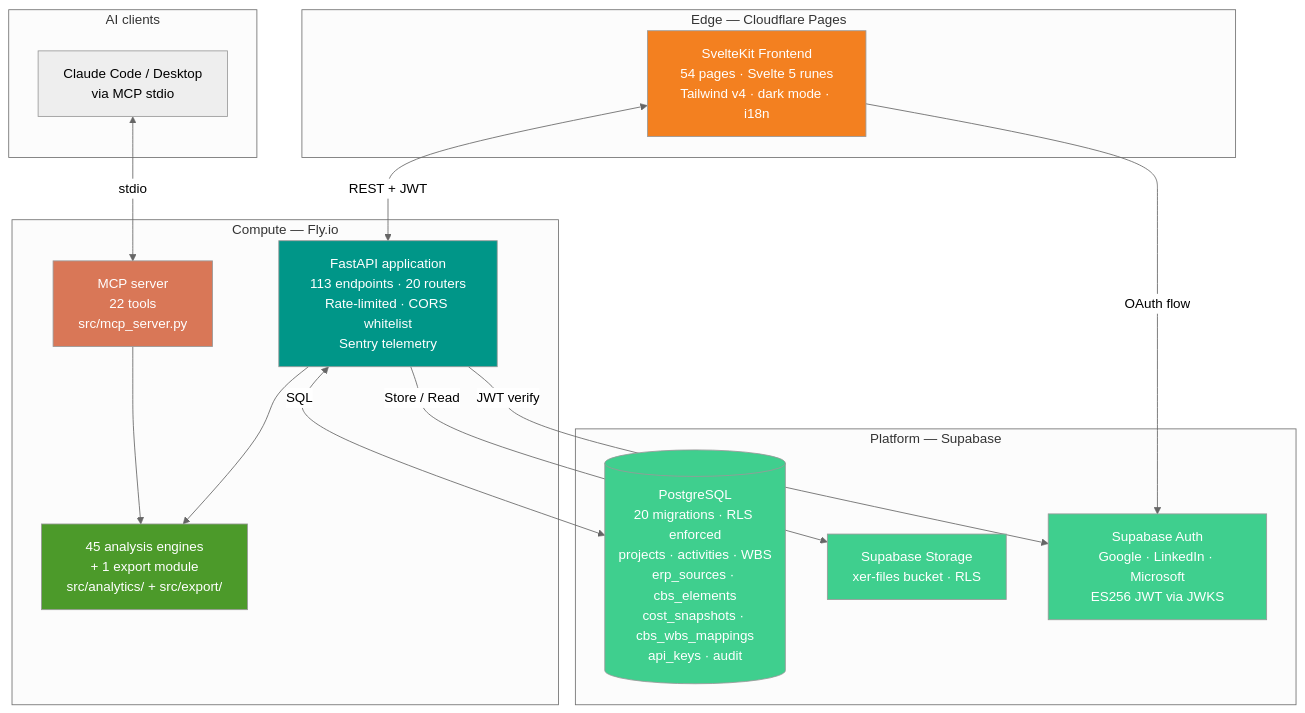
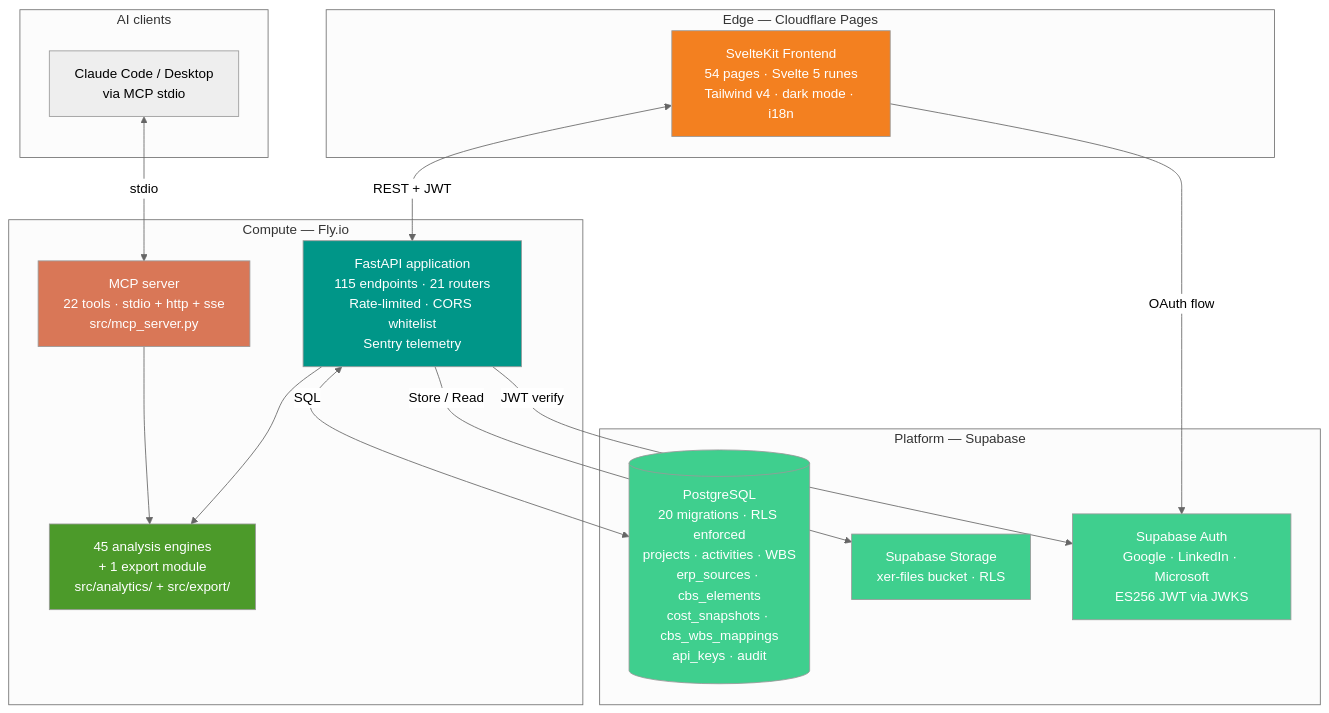
Before and after one commit to VitorMRodovalho/meridianiq: the first of 8 diagrams in docs/architecture.md, drawn with Mermaid (neutral theme). The commit also changed other lines of this file, not shown here.

````diff
--- a/docs/architecture.md
+++ b/docs/architecture.md
@@ -10,39 +10,39 @@
 ```mermaid
 graph TB
     subgraph "Edge — Cloudflare Pages"
         UI[SvelteKit Frontend<br/>54 pages · Svelte 5 runes<br/>Tailwind v4 · dark mode · i18n]
     end
 
     subgraph "Compute — Fly.io"
-        API[FastAPI application<br/>113 endpoints · 20 routers<br/>Rate-limited · CORS whitelist<br/>Sentry telemetry]
+        API[FastAPI application<br/>115 endpoints · 21 routers<br/>Rate-limited · CORS whitelist<br/>Sentry telemetry]
         ENGINES[45 analysis engines<br/>+ 1 export module<br/>src/analytics/ + src/export/]
-        MCP[MCP server<br/>22 tools<br/>src/mcp_server.py]
+        MCP[MCP server<br/>22 tools · stdio + http + sse<br/>src/mcp_server.py]
         API --> ENGINES
         MCP --> ENGINES
     end
 
     subgraph "Platform — Supabase"
         AUTH["Supabase Auth<br/>Google · LinkedIn · Microsoft<br/>ES256 JWT via JWKS"]
         DB[("PostgreSQL<br/>20 migrations · RLS enforced<br/>projects · activities · WBS<br/>erp_sources · cbs_elements<br/>cost_snapshots · cbs_wbs_mappings<br/>api_keys · audit")]
         STORAGE["Supabase Storage<br/>xer-files bucket · RLS"]
     end
 
     subgraph "AI clients"
         CLAUDE[Claude Code / Desktop<br/>via MCP stdio]
     end
 
     UI <-->|REST + JWT| API
     CLAUDE <-->|stdio| MCP
     API <-->|SQL| DB
     API -->|Store / Read| STORAGE
     API -->|JWT verify| AUTH
     UI -->|OAuth flow| AUTH
 
     style UI fill:#F38020,color:#fff
     style API fill:#009688,color:#fff
     style ENGINES fill:#4C9A2A,color:#fff
     style MCP fill:#D97757,color:#fff
     style DB fill:#3FCF8E,color:#fff
     style AUTH fill:#3FCF8E,color:#fff
     style STORAGE fill:#3FCF8E,color:#fff
 ```
````
